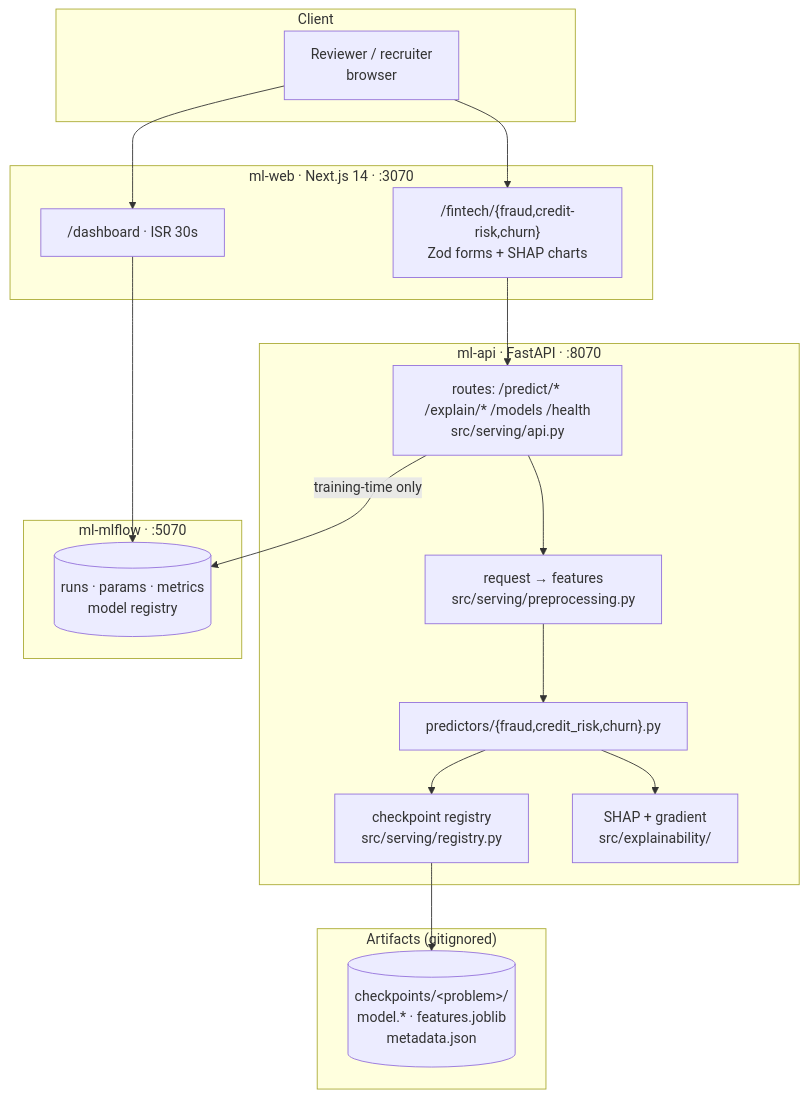
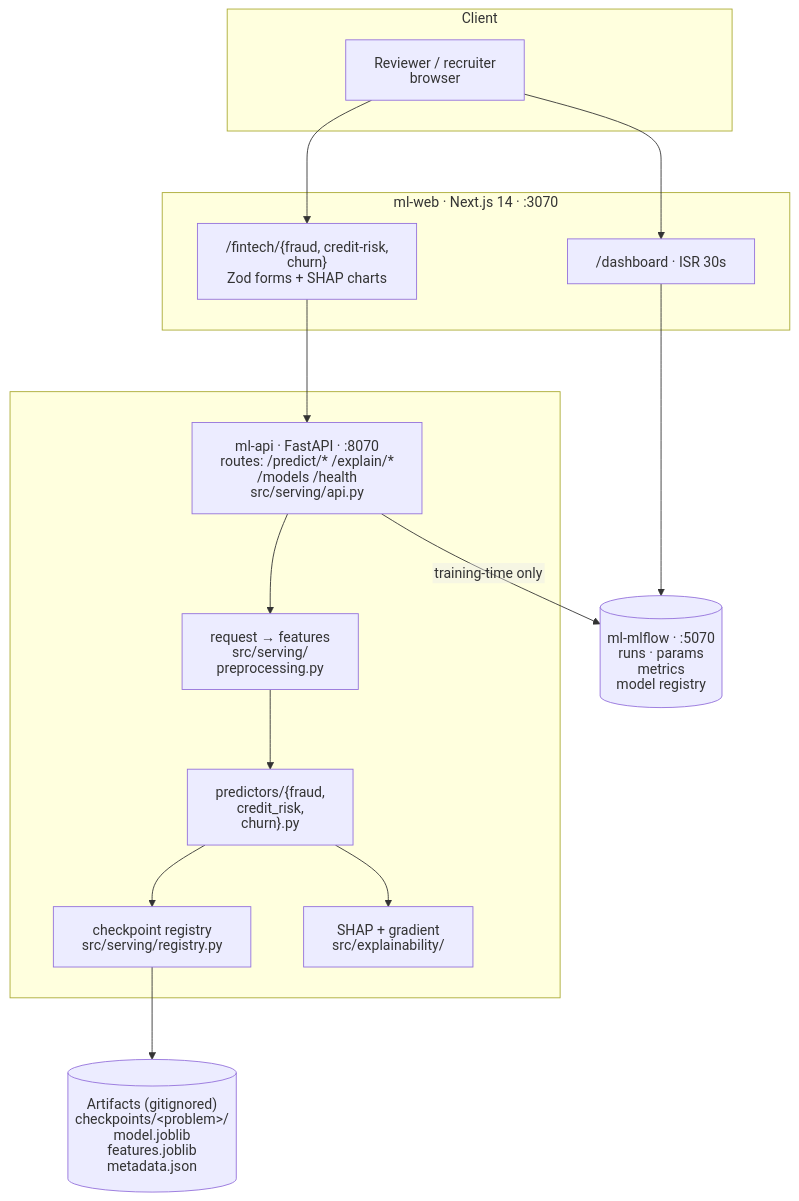
One commit to armandogon94/Portfolio-ML-System changed the first of 3 diagrams in README.md. Above: the diagram before and after it, drawn with Mermaid. The commit also changed other lines of this file and 11 other files, not shown here.

First line of the commit message:
docs(diagrams): render labels as SVG text so no glyph is clipped

````diff
--- a/README.md
+++ b/README.md
@@ -101,29 +101,26 @@
 ```mermaid
+%%{init: {'htmlLabels': false, 'fontFamily': 'arial, helvetica, sans-serif', 'flowchart': {'htmlLabels': false, 'padding': 16, 'nodeSpacing': 60, 'rankSpacing': 70, 'useMaxWidth': true}}}%%
 flowchart TB
     subgraph client["Client"]
         U["Reviewer / recruiter<br/>browser"]
     end
     subgraph web["ml-web · Next.js 14 · :3070"]
-        P["/fintech/{fraud,credit-risk,churn}<br/>Zod forms + SHAP charts"]
+        P["/fintech/{fraud, credit-risk,<br/>churn}<br/>Zod forms + SHAP charts"]
         D["/dashboard · ISR 30s"]
     end
-    subgraph api["ml-api · FastAPI · :8070"]
-        R["routes: /predict/* /explain/* /models /health<br/>src/serving/api.py"]
+    subgraph api[" "]
+        R["ml-api · FastAPI · :8070<br/>routes: /predict/* /explain/*<br/>/models /health<br/>src/serving/api.py"]
         REG["checkpoint registry<br/>src/serving/registry.py"]
-        PRE["request → features<br/>src/serving/preprocessing.py"]
-        PRD["predictors/{fraud,credit_risk,churn}.py"]
+        PRE["request → features<br/>src/serving/<br/>preprocessing.py"]
+        PRD["predictors/{fraud, credit_risk,<br/>churn}.py"]
         EXP["SHAP + gradient<br/>src/explainability/"]
     end
-    subgraph store["Artifacts (gitignored)"]
-        CK[("checkpoints/&lt;problem&gt;/<br/>model.* · features.joblib<br/>metadata.json")]
-    end
-    subgraph track["ml-mlflow · :5070"]
-        ML[("runs · params · metrics<br/>model registry")]
-    end
+    CK[("Artifacts (gitignored)<br/>checkpoints/&lt;problem&gt;/<br/>model.joblib<br/>features.joblib<br/>metadata.json")]
+    ML[("ml-mlflow · :5070<br/>runs · params<br/>metrics<br/>model registry")]
     U --> P --> R
     U --> D --> ML
     R --> PRE --> PRD --> EXP
     REG --> CK
     PRD --> REG
     R -->|"training-time only"| ML
 ```
````
